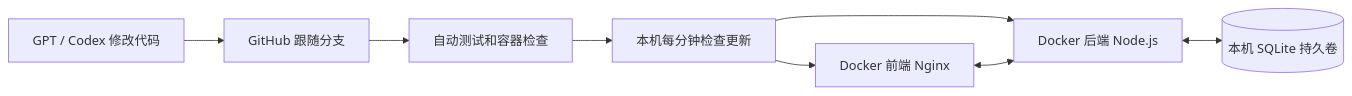
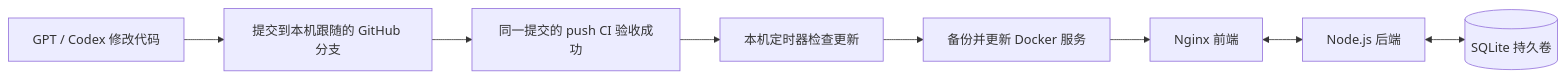
The diagram in README.md (wen3343055414-sys/AI---WQS), drawn with Mermaid before and after one commit. The commit also changed other lines of this file and 2 other files, not shown here.

````diff
--- a/README.md
+++ b/README.md
@@ -23,10 +60,10 @@
 ```mermaid
 flowchart LR
-    GPT[GPT / Codex 修改代码] --> GitHub[GitHub 跟随分支]
-    GitHub --> CI[自动测试和容器检查]
-    CI --> Update[本机每分钟检查更新]
-    Update --> Front[Docker 前端 Nginx]
-    Update --> Back[Docker 后端 Node.js]
-    Front <--> Back
-    Back <--> DB[(本机 SQLite 持久卷)]
+    Dev[GPT / Codex 修改代码] --> Push[提交到本机跟随的 GitHub 分支]
+    Push --> CI[同一提交的 push CI 验收成功]
+    CI --> Timer[本机定时器检查更新]
+    Timer --> Deploy[备份并更新 Docker 服务]
+    Deploy --> Front[Nginx 前端]
+    Front <--> Back[Node.js 后端]
+    Back <--> DB[(SQLite 持久卷)]
 ```
````
